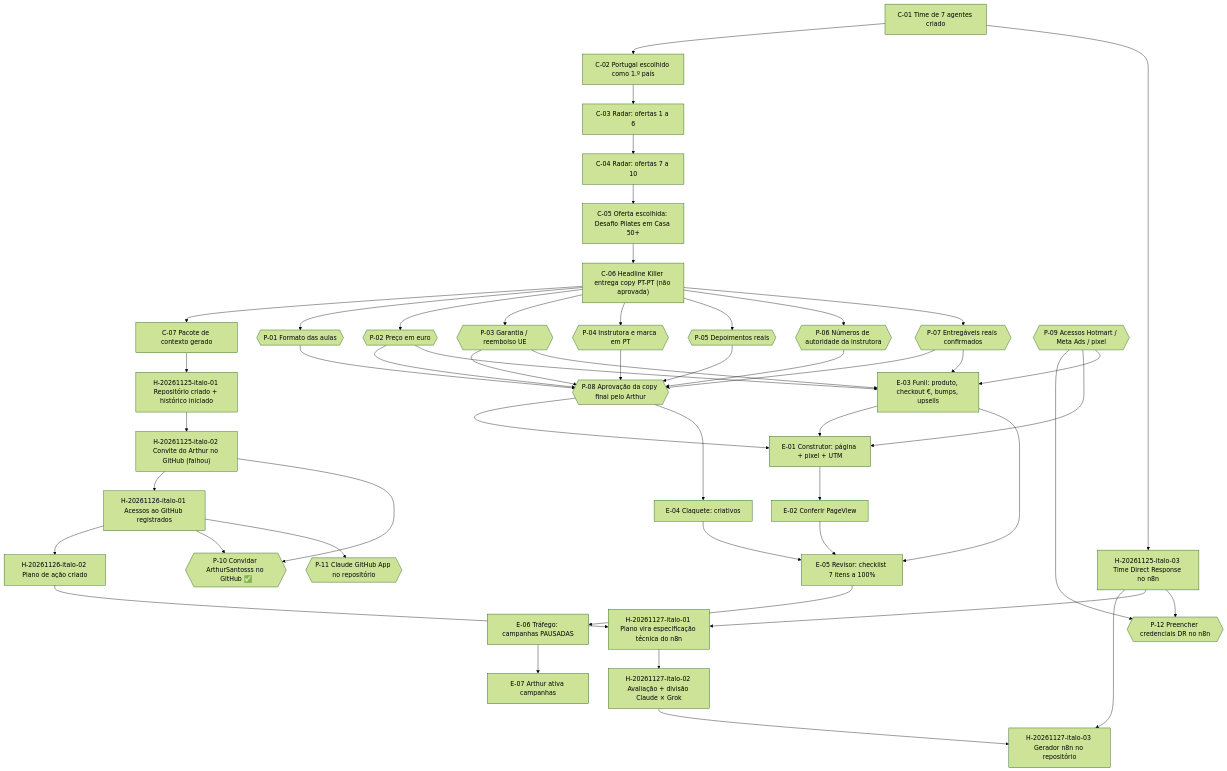
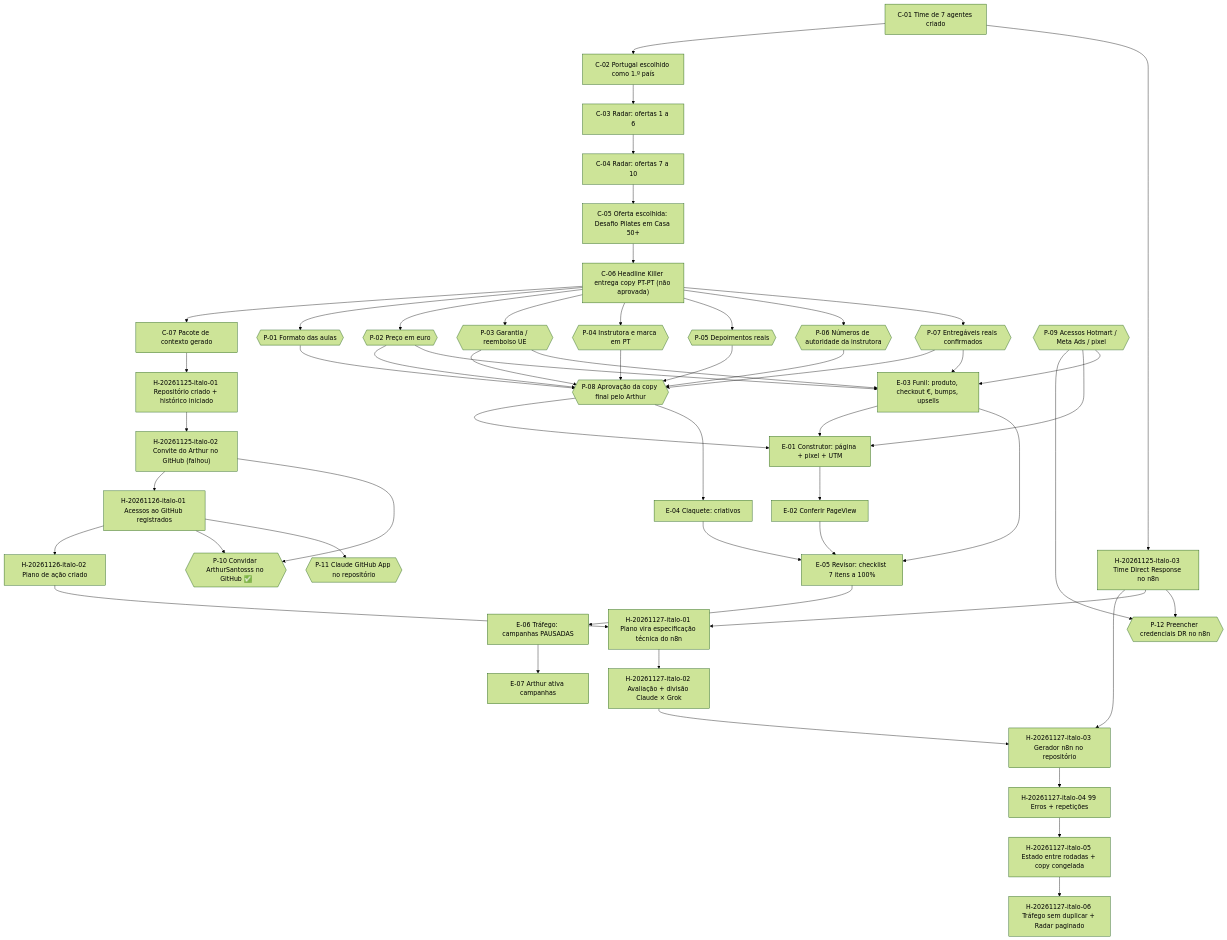
Before and after one commit to italoxdemelo/direct-response: the diagram in historico/MAPA-DEPENDENCIAS.md, drawn with Mermaid (forest theme). The commit also changed other lines of this file and 8 other files, not shown here.

First line of the commit message:
H-20261127-italo-04..06: 99 Erros, estado entre rodadas, copy congelada, Tráfego sem duplicar e Radar paginado

````diff
--- a/historico/MAPA-DEPENDENCIAS.md
+++ b/historico/MAPA-DEPENDENCIAS.md
@@ -20,69 +20,72 @@
 ```mermaid
 flowchart TD
   %% Contexto original (25/11/2026, antes do repositório)
   C01["C-01 Time de 7 agentes criado"]
   C02["C-02 Portugal escolhido como 1.º país"]
   C03["C-03 Radar: ofertas 1 a 6"]
   C04["C-04 Radar: ofertas 7 a 10"]
   C05["C-05 Oferta escolhida: Desafio Pilates em Casa 50+"]
   C06["C-06 Headline Killer entrega copy PT-PT (não aprovada)"]
   C07["C-07 Pacote de contexto gerado"]
 
   C01 --> C02 --> C03 --> C04 --> C05 --> C06 --> C07
 
   %% Repositório
   H01["H-20261125-italo-01 Repositório criado + histórico iniciado"]
   C07 --> H01
   H02["H-20261125-italo-02 Convite do Arthur no GitHub (falhou)"]
   H03["H-20261125-italo-03 Time Direct Response no n8n"]
   H04["H-20261126-italo-01 Acessos ao GitHub registrados"]
   H05["H-20261126-italo-02 Plano de ação criado"]
   H06["H-20261127-italo-01 Plano vira especificação técnica do n8n"]
   H07["H-20261127-italo-02 Avaliação + divisão Claude × Grok"]
   H08["H-20261127-italo-03 Gerador n8n no repositório"]
+  H09["H-20261127-italo-04 99 Erros + repetições"]
+  H10["H-20261127-italo-05 Estado entre rodadas + copy congelada"]
+  H11["H-20261127-italo-06 Tráfego sem duplicar + Radar paginado"]
   H01 --> H02 --> H04 --> H05 --> H06
-  H06 --> H07 --> H08
+  H06 --> H07 --> H08 --> H09 --> H10 --> H11
   H03 --> H08
   H03 --> H06
   C01 --> H03
 
   %% Pendências abertas
   P01{{"P-01 Formato das aulas"}}
   P02{{"P-02 Preço em euro"}}
   P03{{"P-03 Garantia / reembolso UE"}}
   P04{{"P-04 Instrutora e marca em PT"}}
   P05{{"P-05 Depoimentos reais"}}
   P06{{"P-06 Números de autoridade da instrutora"}}
   P07{{"P-07 Entregáveis reais confirmados"}}
   P08{{"P-08 Aprovação da copy final pelo Arthur"}}
   P09{{"P-09 Acessos Hotmart / Meta Ads / pixel"}}
   P10{{"P-10 Convidar ArthurSantosss no GitHub ✅"}}
   P11{{"P-11 Claude GitHub App no repositório"}}
   P12{{"P-12 Preencher credenciais DR no n8n"}}
   H02 --> P10
   H04 --> P10
   H04 --> P11
   H03 --> P12
   P09 --> P12
 
   C06 --> P01 & P02 & P03 & P04 & P05 & P06 & P07
   P01 & P02 & P03 & P04 & P05 & P06 & P07 --> P08
 
   %% Etapas futuras do fluxo
   E01["E-01 Construtor: página + pixel + UTM"]
   E02["E-02 Conferir PageView"]
   E03["E-03 Funil: produto, checkout €, bumps, upsells"]
   E04["E-04 Claquete: criativos"]
   E05["E-05 Revisor: checklist 7 itens a 100%"]
   E06["E-06 Tráfego: campanhas PAUSADAS"]
   E07["E-07 Arthur ativa campanhas"]
 
   P08 --> E01
   P09 --> E01
   P02 & P03 & P07 & P09 --> E03
   P08 --> E04
   E01 --> E02
   E03 --> E01
   E02 & E03 & E04 --> E05
   E05 --> E06 --> E07
 ```
````
